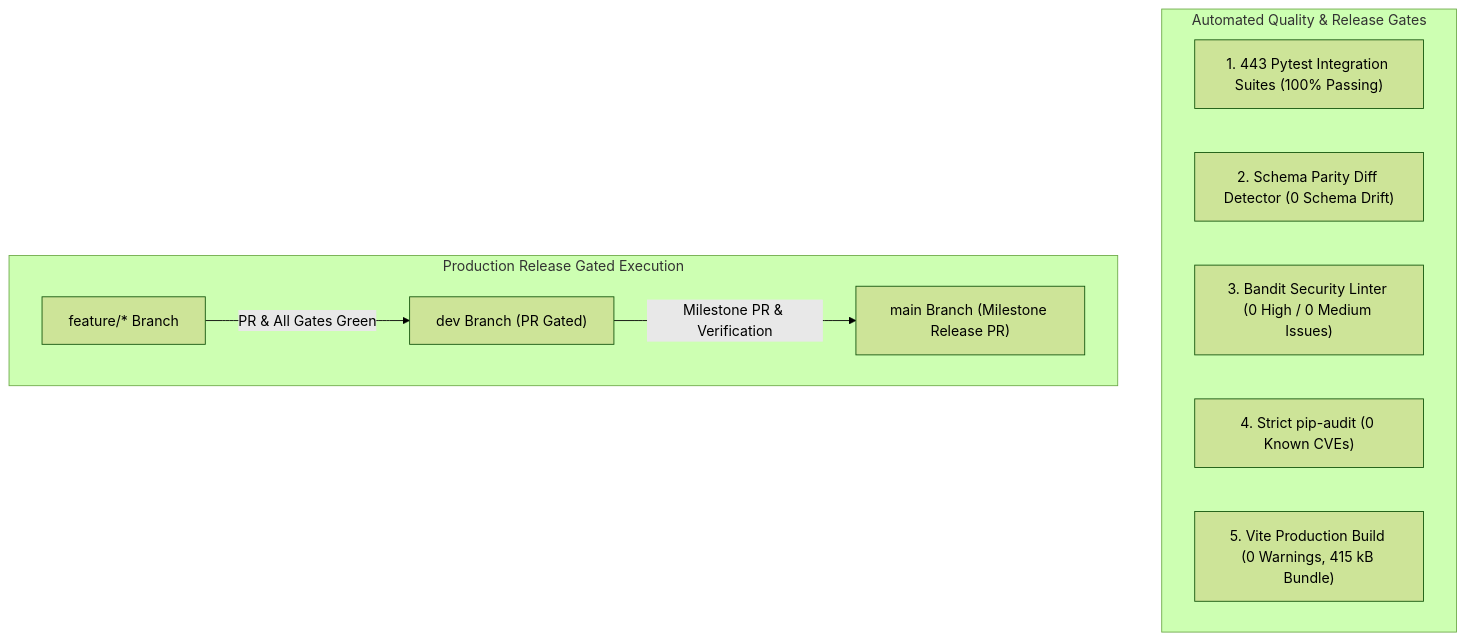
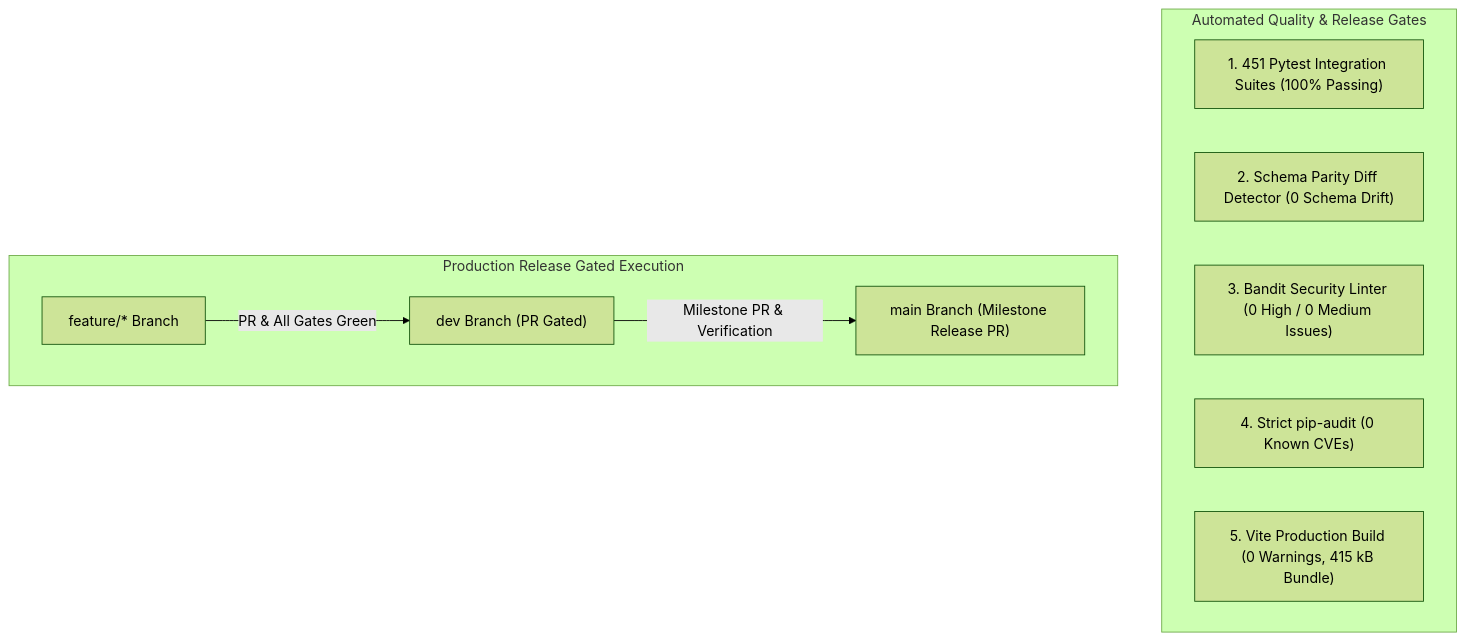
One commit to Perseus37/avinya_hms_v1 changed the diagram in docs/complete_guide/10_TESTING_QA_AND_RELEASE_GOVERNANCE.md. Above: the diagram before and after it, drawn with Mermaid (forest theme). The commit also changed other lines of this file and 21 other files, not shown here.

````diff
--- a/docs/complete_guide/10_TESTING_QA_AND_RELEASE_GOVERNANCE.md
+++ b/docs/complete_guide/10_TESTING_QA_AND_RELEASE_GOVERNANCE.md
@@ -16,18 +16,18 @@
 ```mermaid
 flowchart TD
     subgraph GATES["Automated Quality & Release Gates"]
-        PYTEST["1. 443 Pytest Integration Suites (100% Passing)"]
+        PYTEST["1. 451 Pytest Integration Suites (100% Passing)"]
         DIFF["2. Schema Parity Diff Detector (0 Schema Drift)"]
         BANDIT["3. Bandit Security Linter (0 High / 0 Medium Issues)"]
         AUDIT["4. Strict pip-audit (0 Known CVEs)"]
         BUILD["5. Vite Production Build (0 Warnings, 415 kB Bundle)"]
     end
 
     subgraph RELEASE["Production Release Gated Execution"]
         FEATURE["feature/* Branch"]
         DEV["dev Branch (PR Gated)"]
         MAIN["main Branch (Milestone Release PR)"]
     end
 
     FEATURE -->|PR & All Gates Green| DEV -->|Milestone PR & Verification| MAIN
 ```
````
